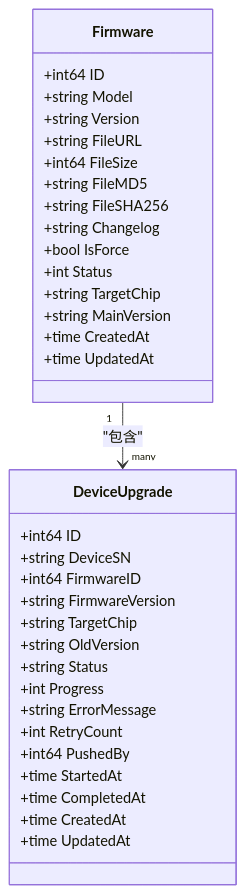
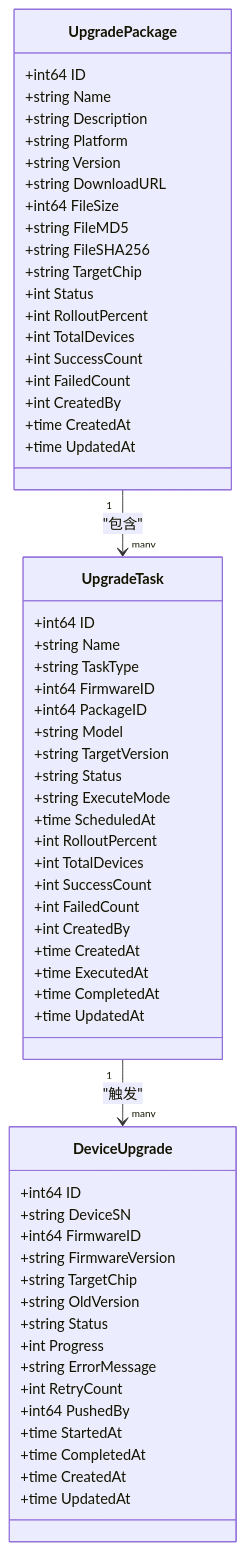
The second of 11 diagrams in .qoder/repowiki/zh/content/OTA升级系统/OTA升级系统.md (mcmrzy/cs_inv_monitor-develop), drawn with Mermaid before and after one commit. The commit also changed other lines of this file and 128 other files, not shown here.

````diff
--- a/.qoder/repowiki/zh/content/OTA升级系统/OTA升级系统.md
+++ b/.qoder/repowiki/zh/content/OTA升级系统/OTA升级系统.md
@@ -95,37 +108,63 @@
 ```mermaid
 classDiagram
-class Firmware {
+class UpgradePackage {
 +int64 ID
-+string Model
++string Name
++string Description
++string Platform
 +string Version
-+string FileURL
++string DownloadURL
 +int64 FileSize
 +string FileMD5
 +string FileSHA256
-+string Changelog
-+bool IsForce
++string TargetChip
 +int Status
-+string TargetChip
-+string MainVersion
++int RolloutPercent
++int TotalDevices
++int SuccessCount
++int FailedCount
++int CreatedBy
 +time CreatedAt
++time UpdatedAt
+}
+class UpgradeTask {
++int64 ID
++string Name
++string TaskType
++int64 FirmwareID
++int64 PackageID
++string Model
++string TargetVersion
++string Status
++string ExecuteMode
++time ScheduledAt
++int RolloutPercent
++int TotalDevices
++int SuccessCount
++int FailedCount
++int CreatedBy
++time CreatedAt
++time ExecutedAt
++time CompletedAt
 +time UpdatedAt
 }
 class DeviceUpgrade {
 +int64 ID
 +string DeviceSN
 +int64 FirmwareID
 +string FirmwareVersion
 +string TargetChip
 +string OldVersion
 +string Status
 +int Progress
 +string ErrorMessage
 +int RetryCount
 +int64 PushedBy
 +time StartedAt
 +time CompletedAt
 +time CreatedAt
 +time UpdatedAt
 }
-Firmware "1" --> "many" DeviceUpgrade : "包含"
+UpgradePackage "1" --> "many" UpgradeTask : "包含"
+UpgradeTask "1" --> "many" DeviceUpgrade : "触发"
 ```
````
